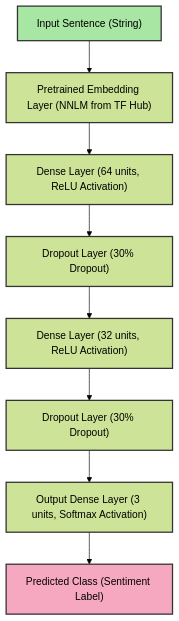
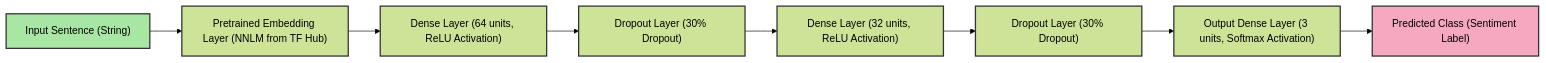
One commit to rchDev/game-of-points changed the diagram in docs/sentiment-analysis.md. Above: the diagram before and after it, drawn with Mermaid (forest theme).

Commit message:
[docs]: add stuff to sentiment-analysis.md

````diff
--- a/docs/sentiment-analysis.md
+++ b/docs/sentiment-analysis.md
@@ -315,14 +315,14 @@
 ```mermaid
-flowchart TD
+flowchart LR
     A["Input Sentence (String)"]:::input --> B["Pretrained Embedding Layer (NNLM from TF Hub)"]:::defaultstroke
     B --> C["Dense Layer (64 units, ReLU Activation)"]:::defaultstroke
     C --> D["Dropout Layer (30% Dropout)"]:::defaultstroke
     D --> E["Dense Layer (32 units, ReLU Activation)"]:::defaultstroke
     E --> F["Dropout Layer (30% Dropout)"]:::defaultstroke
     F --> G["Output Dense Layer (3 units, Softmax Activation)"]:::defaultstroke
     G --> H["Predicted Class (Sentiment Label)"]:::output
 
     classDef input fill:#a8e6a3,stroke:#333,stroke-width:2px;
     classDef output fill:#f7a8c1,stroke:#333,stroke-width:2px;
     classDef defaultstroke stroke:#333,stroke-width:2px;
 ```
````
